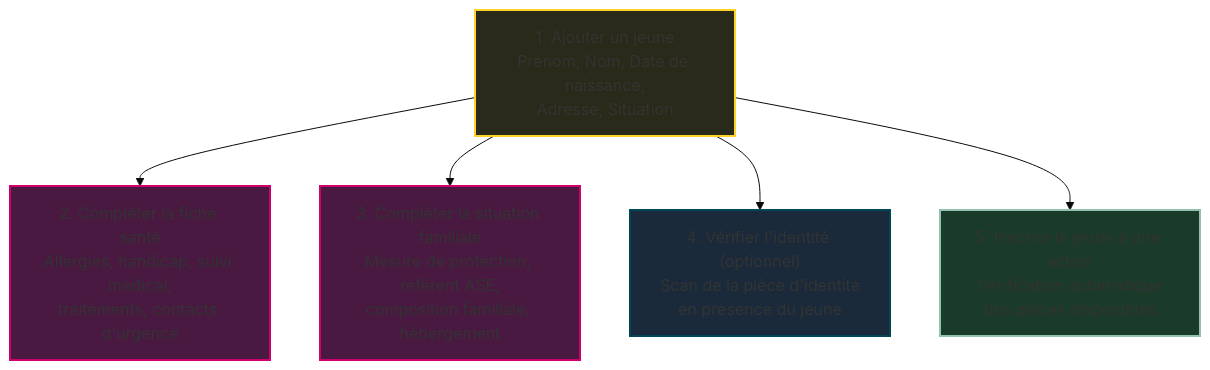
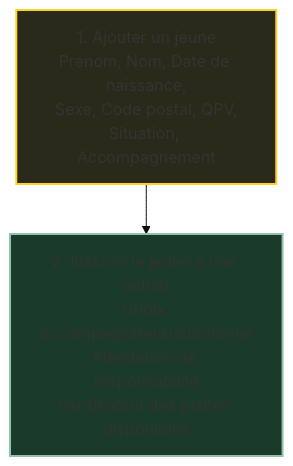
Before and after one commit to Theodore-R/prado-nuxt: the fourth of 10 diagrams in docs/cahier-des-charges-prado-itineraires.md, drawn with Mermaid (base theme). The commit also changed other lines of this file and 45 other files, not shown here.

````diff
--- a/docs/cahier-des-charges-prado-itineraires.md
+++ b/docs/cahier-des-charges-prado-itineraires.md
@@ -189,13 +189,7 @@
 ```mermaid
 graph TB
-    A["1. Ajouter un jeune<br/>Prénom, Nom, Date de naissance,<br/>Adresse, Situation"] --> B["2. Compléter la fiche santé<br/>Allergies, handicap, suivi médical,<br/>traitements, contacts d'urgence"]
-    A --> C["3. Compléter la situation familiale<br/>Mesure de protection, référent ASE,<br/>composition familiale, hébergement"]
-    A --> D["4. Vérifier l'identité (optionnel)<br/>Scan de la pièce d'identité<br/>en présence du jeune"]
-    A --> E["5. Inscrire le jeune à une action<br/>Vérification automatique<br/>des places disponibles"]
+    A["1. Ajouter un jeune<br/>Prénom, Nom, Date de naissance,<br/>Sexe, Code postal, QPV,<br/>Situation, Accompagnement"] --> B["2. Inscrire le jeune à une action<br/>Choix accompagnateur/autonomie<br/>Attestation de responsabilité<br/>Vérification des places disponibles"]
 
     style A fill:#2a2a1a,stroke:#FFD228,stroke-width:2px
-    style B fill:#4a1942,stroke:#CF006C,stroke-width:2px
-    style C fill:#4a1942,stroke:#CF006C,stroke-width:2px
-    style D fill:#1a2a3a,stroke:#004657,stroke-width:2px
-    style E fill:#1a3a2a,stroke:#93C1AF,stroke-width:2px
+    style B fill:#1a3a2a,stroke:#93C1AF,stroke-width:2px
 ```
````
